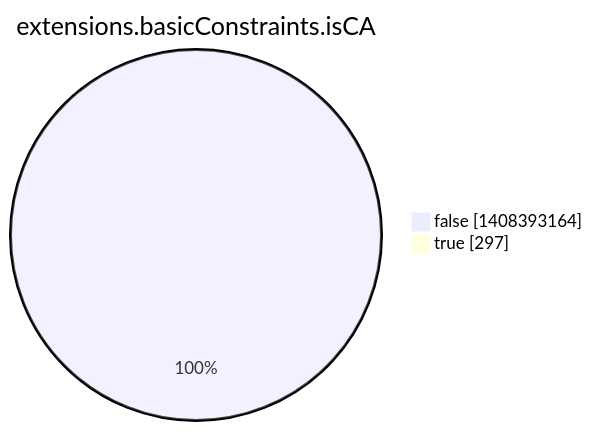
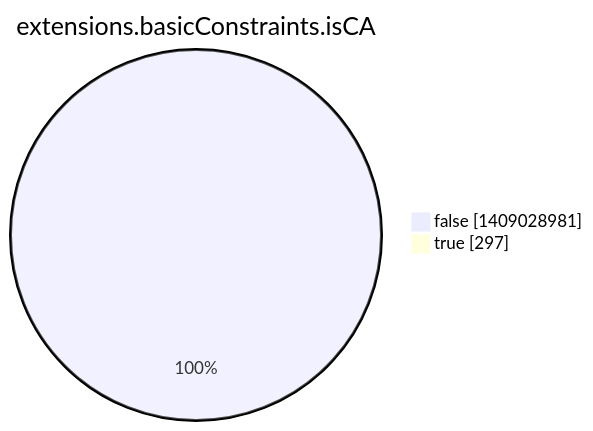
One commit to christiankrug/ctmonitor_visualization changed the eighth of 15 diagrams in argon2022/README.md. Above: the diagram before and after it, drawn with Mermaid. The commit also changed other lines of this file, not shown here.

````diff
--- a/argon2022/README.md
+++ b/argon2022/README.md
@@ -2760,6 +2760,6 @@
 ```mermaid
 pie showData
 title extensions.basicConstraints.isCA
-"false" :1408393164
+"false" :1409028981
 "true" :297
 ```
````
